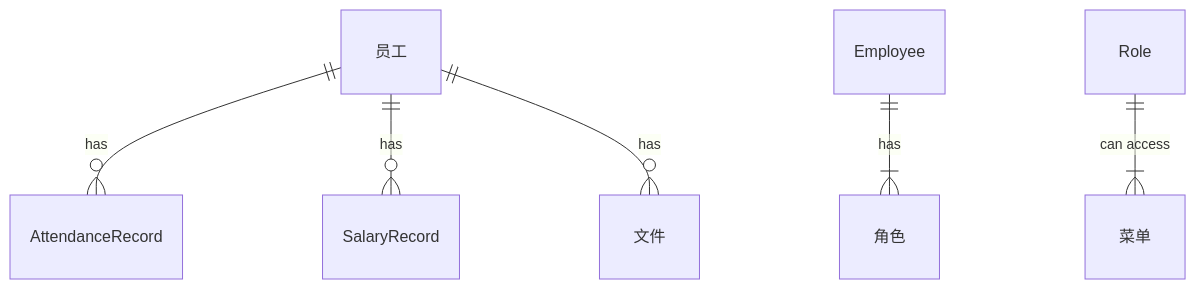
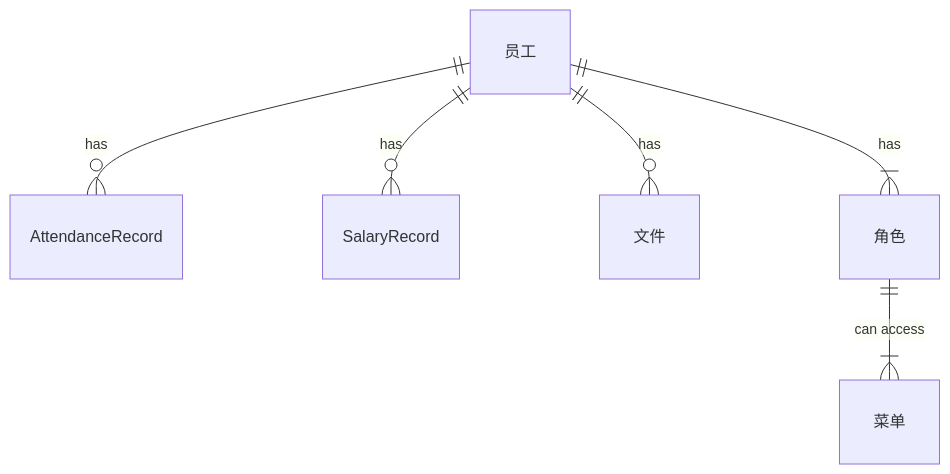
One commit to 1235648solitary/iodraw-files changed the diagram in all/未命名-1.md. Above: the diagram before and after it, drawn with Mermaid.

Commit message:
2025-04-22 23:28:21 update

````diff
--- a/all/未命名-1.md
+++ b/all/未命名-1.md
@@ -1,9 +1,9 @@
 ```mermaid
 erDiagram
               "员工" ||--o{ AttendanceRecord : "has"
     "员工" ||--o{ SalaryRecord : "has"
     "员工"||--o{ "文件" : "has"
-    Employee ||--|{ "角色" : "has"
-    Role ||--|{ "菜单" : "can access" 
+    "员工" ||--|{ "角色" : "has"
+    "角色" ||--|{ "菜单" : "can access" 
             
 ```
````
